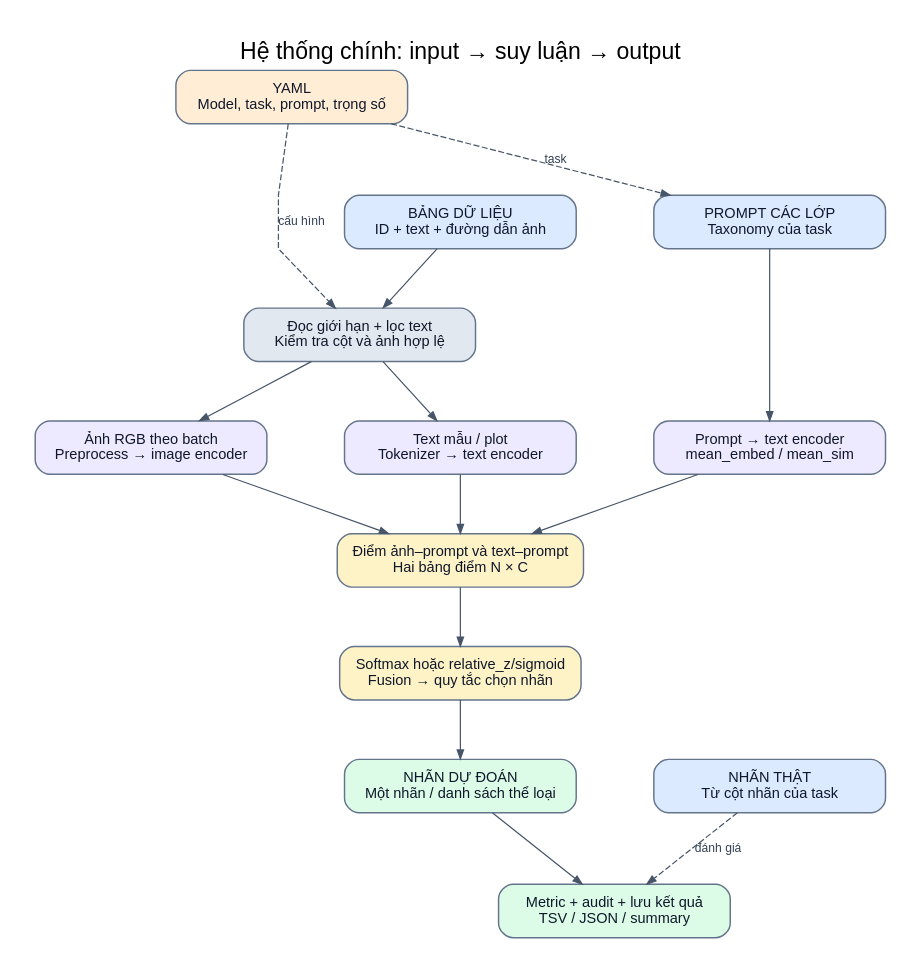
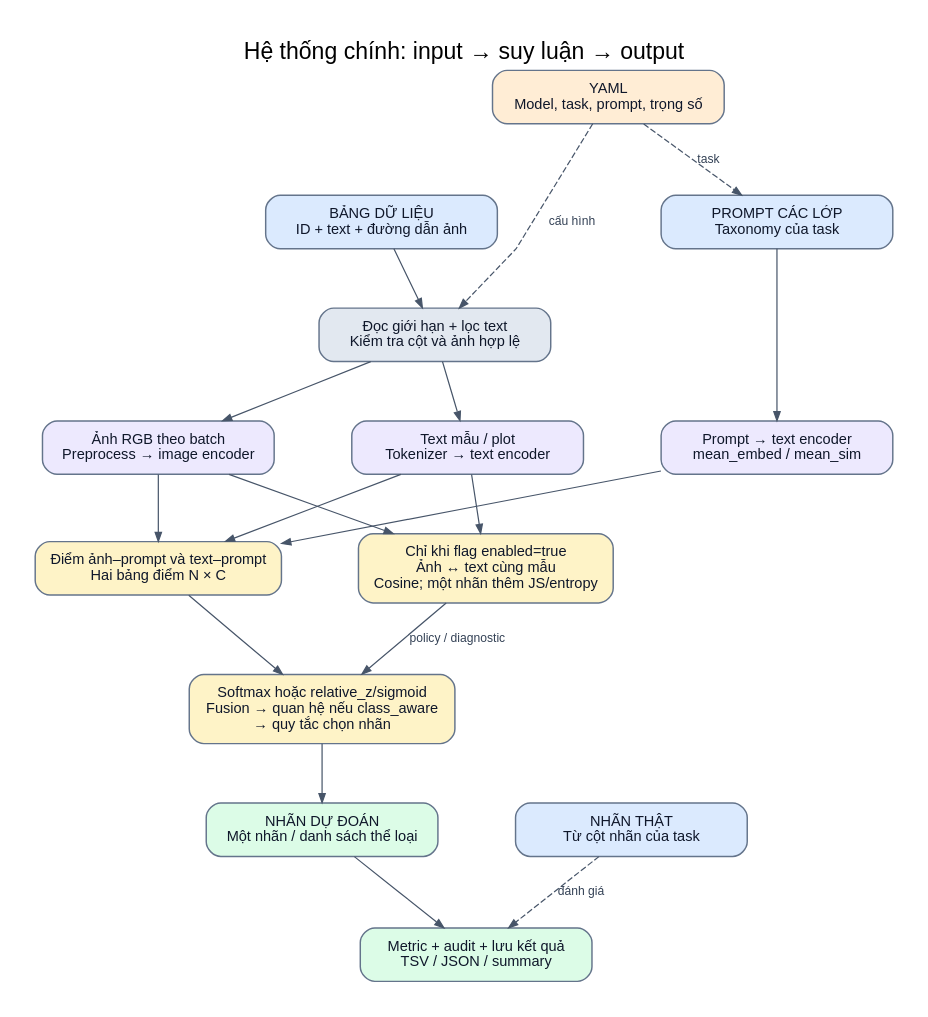
The diagram in docs/so_do_he_thong/so_do/02_pipeline.dot (nguyenmanhhung3105/ZeroShot_Classification_Multimodal), drawn with Graphviz before and after one commit. The commit also changed 48 other files, not shown here.

```diff
--- a/docs/so_do_he_thong/so_do/02_pipeline.dot
+++ b/docs/so_do_he_thong/so_do/02_pipeline.dot
@@ -1,42 +1,48 @@
 digraph G {
 graph [rankdir=TB, bgcolor="white", fontname="Arial", fontsize=19,
   pad=0.3, nodesep=0.45, ranksep=0.65, splines=polyline,
   labelloc=t, label="Hệ thống chính: input → suy luận → output"];
 node [shape=box, style="rounded,filled", fontname="Arial", fontsize=12,
   color="#64748b", fontcolor="#0f172a", penwidth=1.2,
   margin="0.18,0.12", width=2.65];
 edge [fontname="Arial", fontsize=10, color="#475569",
   fontcolor="#334155", arrowsize=0.75];
 cfg [label="YAML\nModel, task, prompt, trọng số", fillcolor="#ffedd5"];
 data [label="BẢNG DỮ LIỆU\nID + text + đường dẫn ảnh", fillcolor="#dbeafe"];
 load [label="Đọc giới hạn + lọc text\nKiểm tra cột và ảnh hợp lệ", fillcolor="#e2e8f0"];
 prompt [label="PROMPT CÁC LỚP\nTaxonomy của task", fillcolor="#dbeafe"];
 img [label="Ảnh RGB theo batch\nPreprocess → image encoder", fillcolor="#ede9fe"];
 text [label="Text mẫu / plot\nTokenizer → text encoder", fillcolor="#ede9fe"];
 cls [label="Prompt → text encoder\nmean_embed / mean_sim", fillcolor="#ede9fe"];
 score [label="Điểm ảnh–prompt và text–prompt\nHai bảng điểm N × C", fillcolor="#fef3c7"];
-decision [label="Softmax hoặc relative_z/sigmoid\nFusion → quy tắc chọn nhãn", fillcolor="#fef3c7"];
+pair [label="Chỉ khi flag enabled=true\nẢnh ↔ text cùng mẫu\nCosine; một nhãn thêm JS/entropy", fillcolor="#fef3c7"];
+decision [label="Softmax hoặc relative_z/sigmoid\nFusion → quan hệ nếu class_aware\n→ quy tắc chọn nhãn", fillcolor="#fef3c7"];
 pred [label="NHÃN DỰ ĐOÁN\nMột nhãn / danh sách thể loại", fillcolor="#dcfce7"];
 truth [label="NHÃN THẬT\nTừ cột nhãn của task", fillcolor="#dbeafe"];
 eval [label="Metric + audit + lưu kết quả\nTSV / JSON / summary", fillcolor="#dcfce7"];
 cfg -> load [label="cấu hình", style="dashed"];
 cfg -> prompt [label="task", style="dashed"];
 data -> load;
 load -> img;
 load -> text;
 prompt -> cls;
 img -> score;
 text -> score;
 cls -> score;
 score -> decision;
+img -> pair;
+text -> pair;
+pair -> decision [label="policy / diagnostic"];
 decision -> pred;
 pred -> eval;
 truth -> eval [label="đánh giá", style="dashed"];
 {rank=same; data; prompt;}
 data -> prompt [style=invis, weight=100];
 {rank=same; img; text; cls;}
 img -> text [style=invis, weight=100];
 text -> cls [style=invis, weight=100];
+{rank=same; score; pair;}
+score -> pair [style=invis, weight=100];
 {rank=same; pred; truth;}
 pred -> truth [style=invis, weight=100];
 }
```
